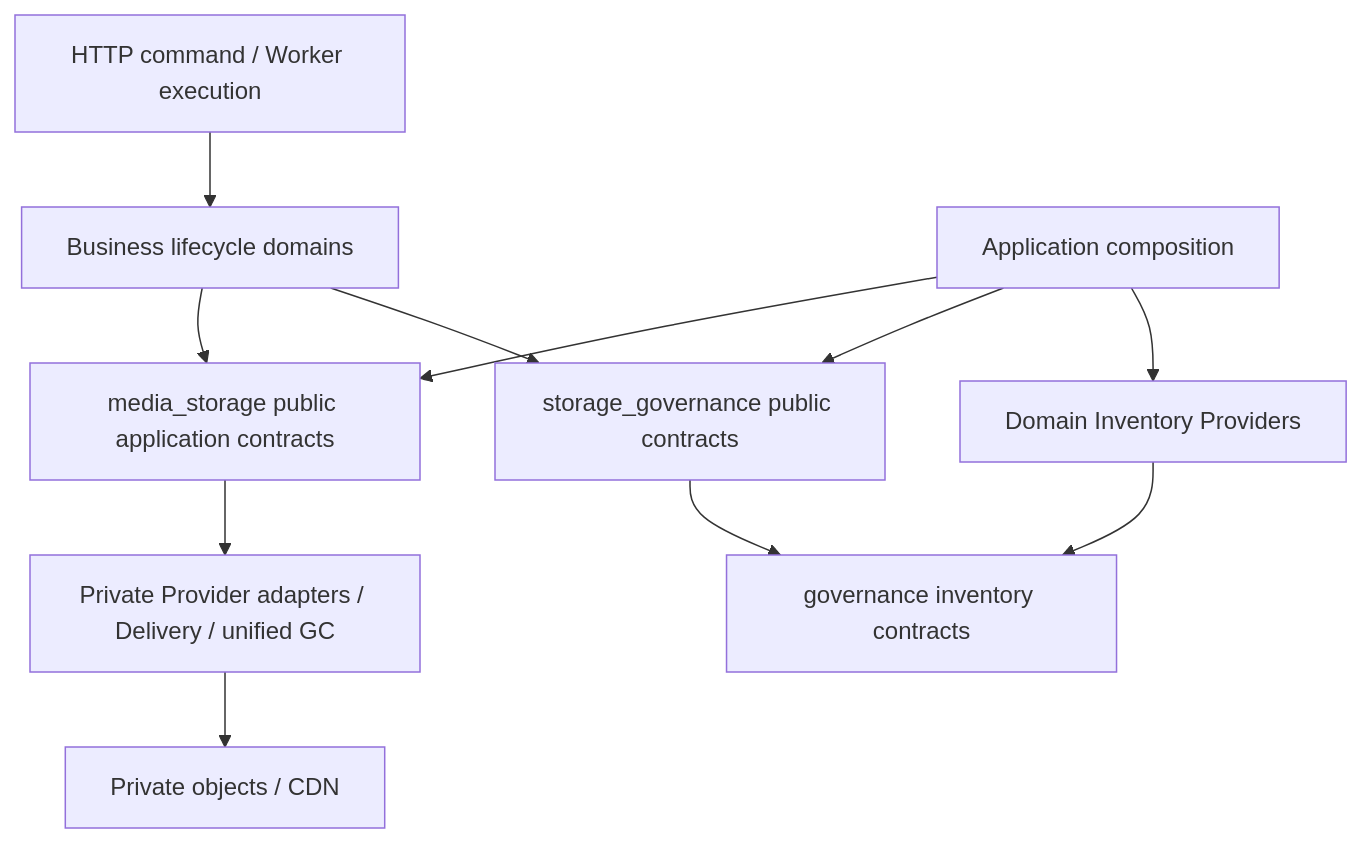
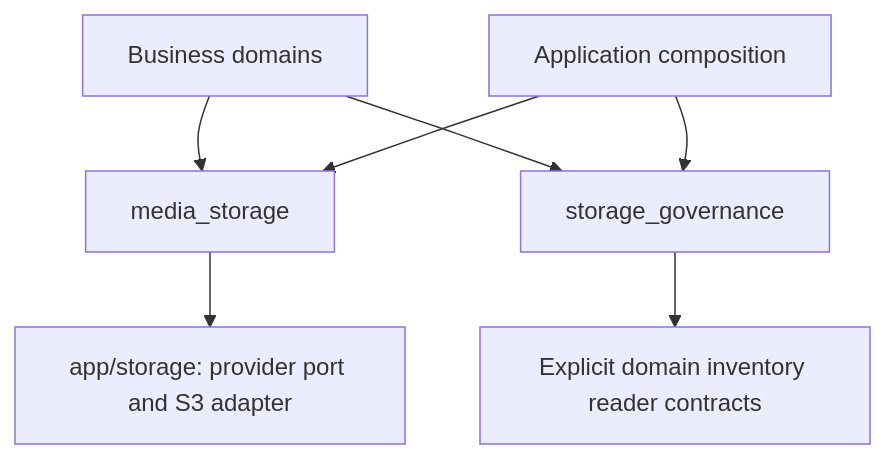
Before and after one commit to tinghui0912/NoteVerse-Pro: the diagram in docs/adr/0009-media-storage-refoundation.md, drawn with Mermaid. The commit also changed other lines of this file and 39 other files, not shown here.

Commit message:
refactor(storage): define provider contract and bound avatar uploads

````diff
--- a/docs/adr/0009-media-storage-refoundation.md
+++ b/docs/adr/0009-media-storage-refoundation.md
@@ -149,14 +21,9 @@
 ```mermaid
 flowchart TD
-    A[HTTP command / Worker execution] --> B[Business lifecycle domains]
-    B --> M[media_storage public application contracts]
-    B --> G[storage_governance public contracts]
-    C[Application composition] --> M
-    C --> G
-    C --> P[Domain Inventory Providers]
-    P --> I[governance inventory contracts]
-    G --> I
-    M --> S[Private Provider adapters / Delivery / unified GC]
-    S --> O[Private objects / CDN]
-
+    Business[Business domains] --> Media[media_storage]
+    Business --> Governance[storage_governance]
+    Composition[Application composition] --> Media
+    Composition --> Governance
+    Media --> Provider[app/storage: provider port and S3 adapter]
+    Governance --> Inventory[Explicit domain inventory reader contracts]
 ```
````
